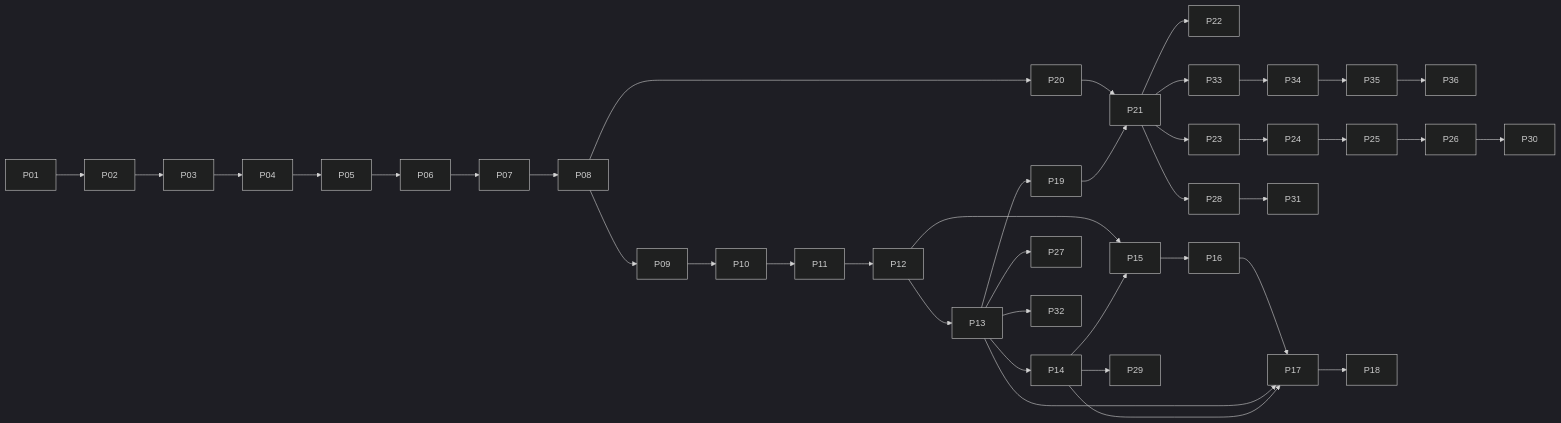
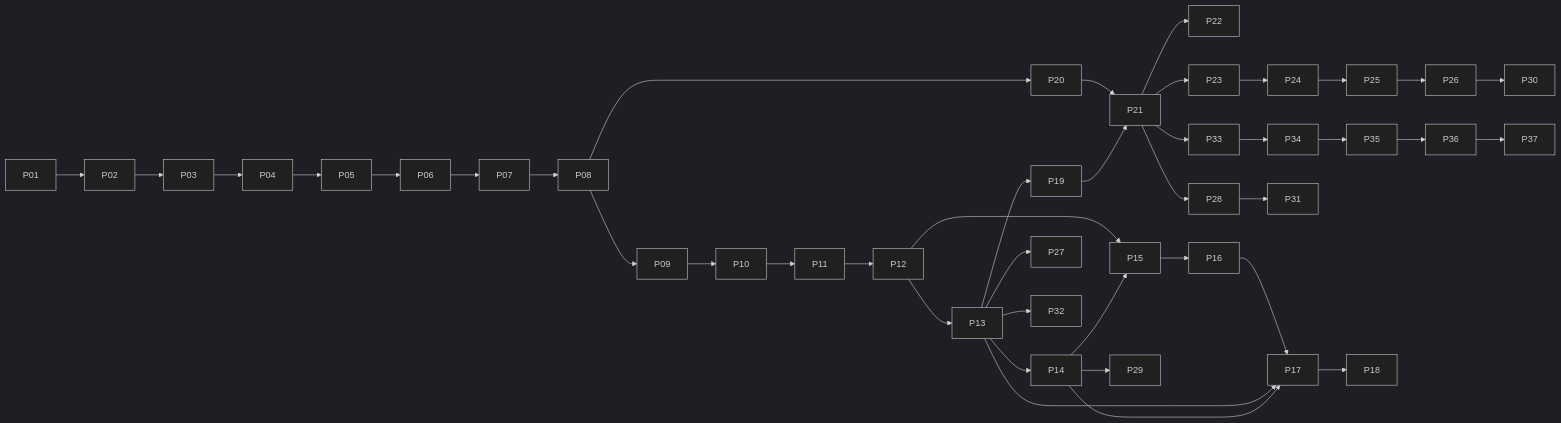
The diagram in docs/implementation-plan.md (takemo101/ambien), drawn with Mermaid (dark theme) before and after one commit. The commit also changed other lines of this file and 4 other files, not shown here.

````diff
--- a/docs/implementation-plan.md
+++ b/docs/implementation-plan.md
@@ -108,26 +108,27 @@
 ```mermaid
 flowchart LR
  P01 --> P02 --> P03 --> P04 --> P05 --> P06 --> P07 --> P08 --> P09 --> P10 --> P11 --> P12 --> P13 --> P14
  P12 --> P15
  P13 --> P19
  P08 --> P20
  P20 --> P21
  P19 --> P21
  P21 --> P22
  P21 --> P23
  P23 --> P24 --> P25
  P13 --> P27
  P21 --> P28
  P14 --> P29
  P21 --> P33
  P33 --> P34
  P34 --> P35
  P35 --> P36
+ P36 --> P37
  P26 --> P30
  P28 --> P31
  P13 --> P32
  P25 --> P26
  P14 --> P15 --> P16 --> P17 --> P18
  P13 --> P17
  P14 --> P17
 ```
````
